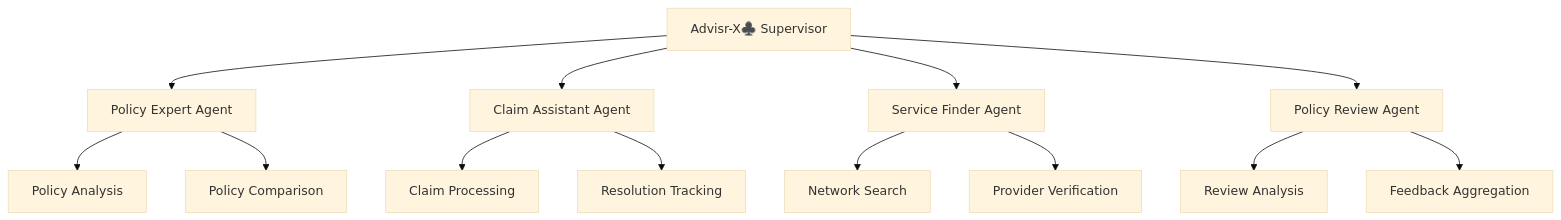
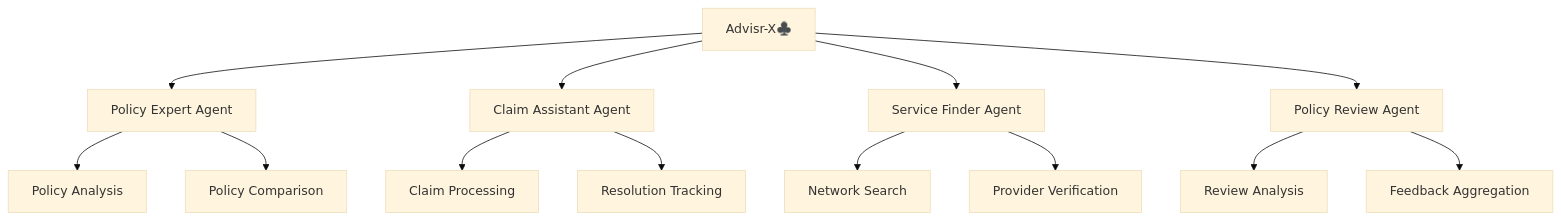
One commit to divakarkumarp/Advisr-X changed the first of 2 diagrams in README.md. Above: the diagram before and after it, drawn with Mermaid (base theme).

````diff
--- a/README.md
+++ b/README.md
@@ -166,19 +166,19 @@
 ```mermaid
 graph TD
-    A[Advisr-X♣️ Supervisor] --> B[Policy Expert Agent]
+    A[Advisr-X♣️] --> B[Policy Expert Agent]
     A --> C[Claim Assistant Agent]
     A --> D[Service Finder Agent]
     A --> E[Policy Review Agent]
     
     B --> F[Policy Analysis]
     B --> G[Policy Comparison]
     
     C --> H[Claim Processing]
     C --> I[Resolution Tracking]
     
     D --> J[Network Search]
     D --> K[Provider Verification]
     
     E --> L[Review Analysis]
     E --> M[Feedback Aggregation]
 ```
````
